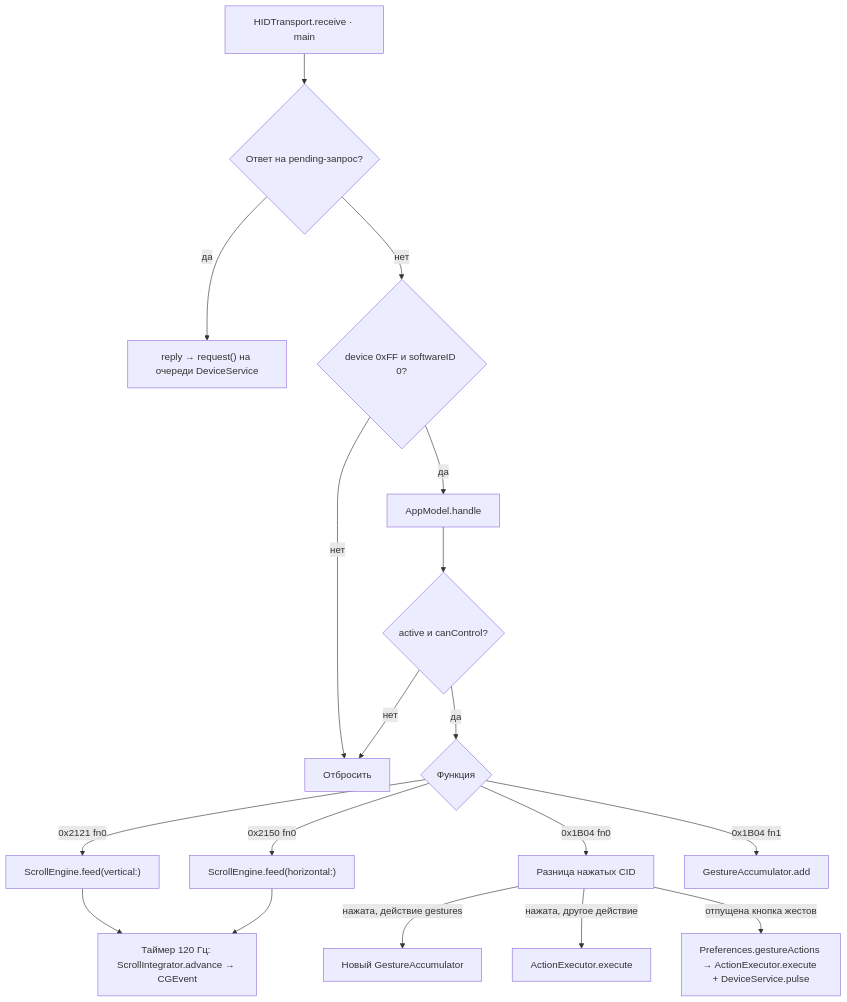
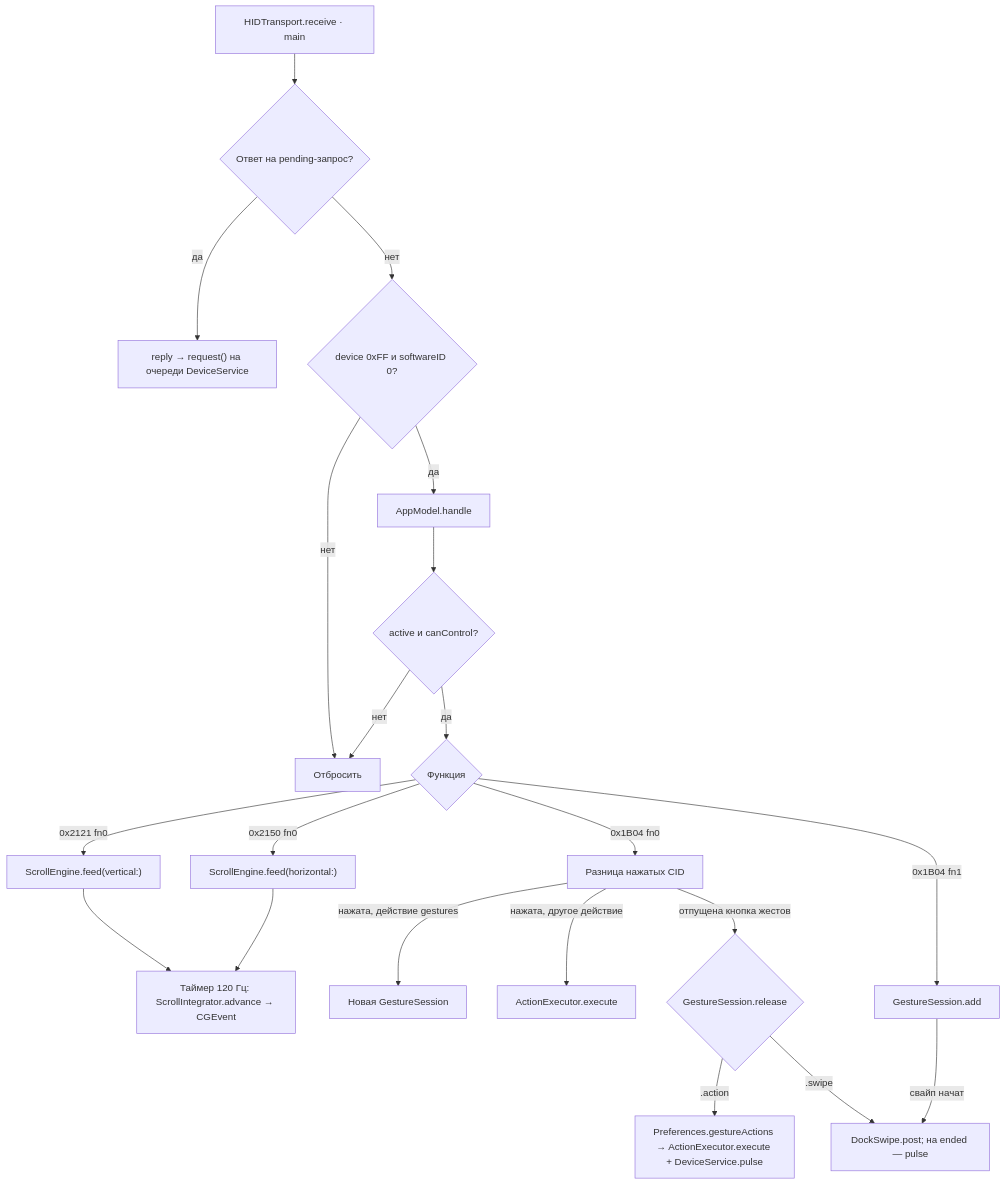
The second of 5 diagrams in docs/specs/architecture.md (Hogonov/LogiMouseControl), drawn with Mermaid before and after one commit. The commit also changed other lines of this file and 16 other files, not shown here.

Commit message:
Support smooth desktop transitions via mouse gestures (CH-0003): Implemented continuous space swipe functionality for macOS 27+, enabling desktops to follow mouse movement during a swipe gesture.

````diff
--- a/docs/specs/architecture.md
+++ b/docs/specs/architecture.md
@@ -128,20 +132,23 @@
 ```mermaid
 flowchart TD
   R["HIDTransport.receive · main"] --> M{"Ответ на pending-запрос?"}
   M -- да --> Q["reply → request() на очереди DeviceService"]
   M -- нет --> E{"device 0xFF и softwareID 0?"}
   E -- нет --> X["Отбросить"]
   E -- да --> H["AppModel.handle"]
   H --> G{"active и canControl?"}
   G -- нет --> X
   G -- да --> F{"Функция"}
   F -- "0x2121 fn0" --> V["ScrollEngine.feed(vertical:)"]
   F -- "0x2150 fn0" --> HZ["ScrollEngine.feed(horizontal:)"]
   F -- "0x1B04 fn0" --> B["Разница нажатых CID"]
-  F -- "0x1B04 fn1" --> XY["GestureAccumulator.add"]
-  B -- "нажата, действие gestures" --> GA["Новый GestureAccumulator"]
+  F -- "0x1B04 fn1" --> XY["GestureSession.add"]
+  XY -- "свайп начат" --> DW["DockSwipe.post; на ended — pulse"]
+  B -- "нажата, действие gestures" --> GA["Новая GestureSession"]
   B -- "нажата, другое действие" --> AE["ActionExecutor.execute"]
-  B -- "отпущена кнопка жестов" --> GE["Preferences.gestureActions → ActionExecutor.execute + DeviceService.pulse"]
+  B -- "отпущена кнопка жестов" --> GR{"GestureSession.release"}
+  GR -- ".action" --> GE["Preferences.gestureActions → ActionExecutor.execute + DeviceService.pulse"]
+  GR -- ".swipe" --> DW
   V --> TM["Таймер 120 Гц: ScrollIntegrator.advance → CGEvent"]
   HZ --> TM
 ```
````
